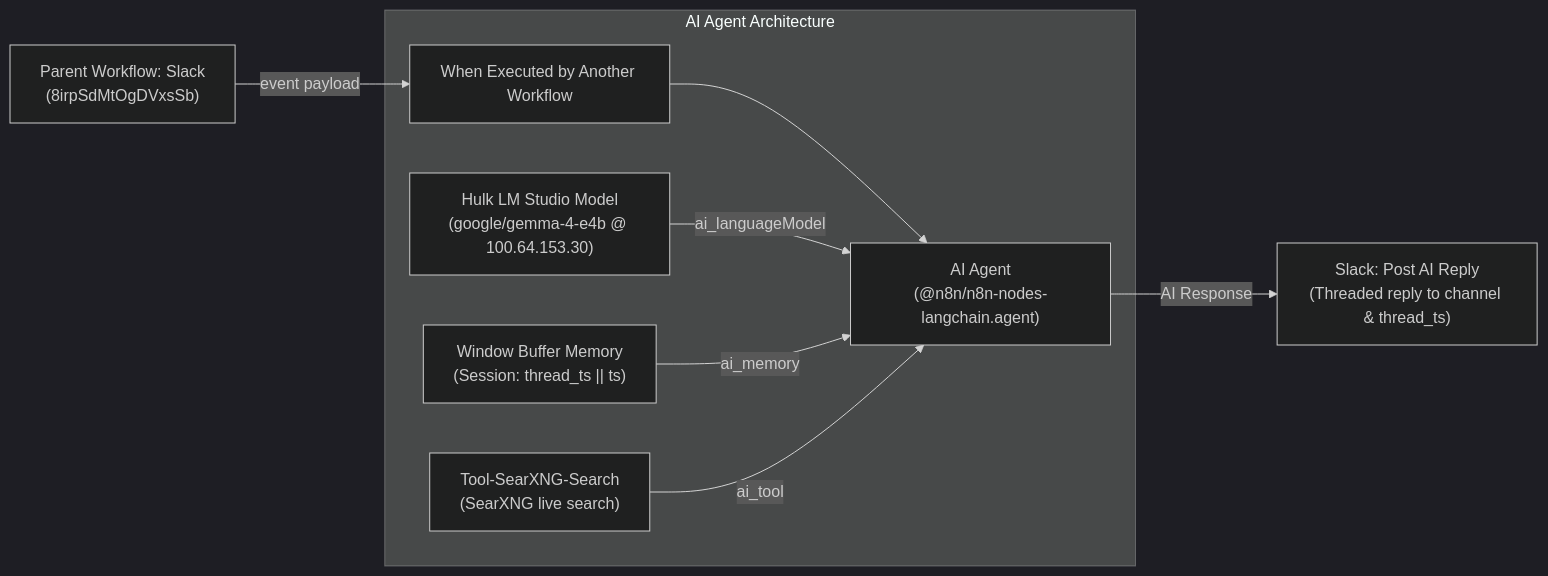
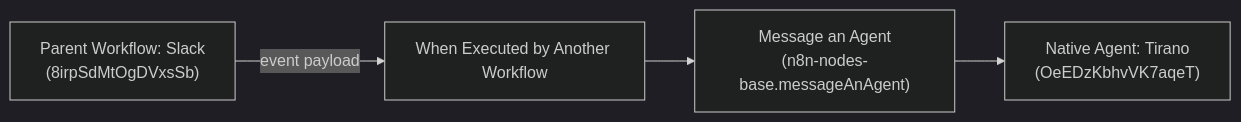
The diagram in workflows/slack-ai-agent/README.md (victor-jaimes-puente/Local-N8n), drawn with Mermaid (dark theme) before and after one commit. The commit also changed other lines of this file and 10 other files, not shown here.

First line of the commit message:
Add Tirano native agent and bridge workflow

````diff
--- a/workflows/slack-ai-agent/README.md
+++ b/workflows/slack-ai-agent/README.md
@@ -26,13 +22,6 @@
 ```mermaid
 graph LR
     Parent["Parent Workflow: Slack<br/>(8irpSdMtOgDVxsSb)"] -->|"event payload"| Trigger["When Executed by Another Workflow"]
-    
-    subgraph AgentCanvas["AI Agent Architecture"]
-        Trigger --> Agent["AI Agent<br/>(@n8n/n8n-nodes-langchain.agent)"]
-        Model["Hulk LM Studio Model<br/>(google/gemma-4-e4b @ 100.64.153.30)"] -->|"ai_languageModel"| Agent
-        Memory["Window Buffer Memory<br/>(Session: thread_ts || ts)"] -->|"ai_memory"| Agent
-        SearchTool["Tool-SearXNG-Search<br/>(SearXNG live search)"] -->|"ai_tool"| Agent
-    end
-
-    Agent -->|"AI Response"| SlackPost["Slack: Post AI Reply<br/>(Threaded reply to channel & thread_ts)"]
+    Trigger --> MessageAgent["Message an Agent<br/>(n8n-nodes-base.messageAnAgent)"]
+    MessageAgent --> Tirano["Native Agent: Tirano<br/>(OeEDzKbhvVK7aqeT)"]
 ```
````
